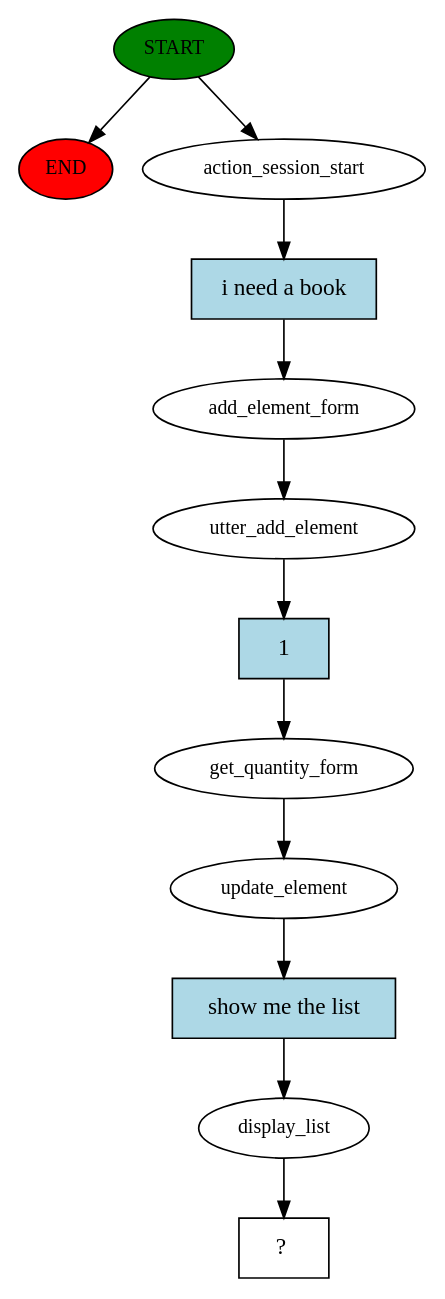
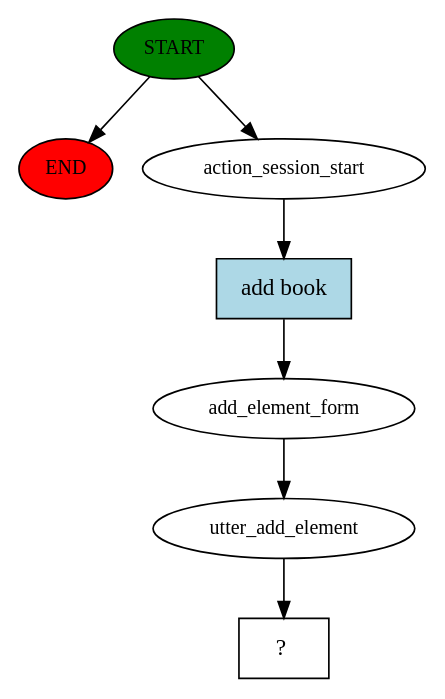
The diagram in story_graph.dot (ChristianTedesco98/chatbot_purchaselists), drawn with Graphviz before and after one commit. The commit also changed 25 other files, not shown here.

```diff
--- a/story_graph.dot
+++ b/story_graph.dot
@@ -1,25 +1,15 @@
 digraph  {
 0 [class="start active", fillcolor=green, fontsize=12, label=START, style=filled];
 "-1" [class=end, fillcolor=red, fontsize=12, label=END, style=filled];
 1 [class=active, fontsize=12, label=action_session_start];
 2 [class=active, fontsize=12, label=add_element_form];
 3 [class=active, fontsize=12, label=utter_add_element];
-4 [class=active, fontsize=12, label=get_quantity_form];
-5 [class=active, fontsize=12, label=update_element];
-6 [class=active, fontsize=12, label=display_list];
-7 [class="intent dashed active", label="  ?  ", shape=rect];
-8 [class="intent active", fillcolor=lightblue, label="i need a book", shape=rect, style=filled];
-9 [class="intent active", fillcolor=lightblue, label=1, shape=rect, style=filled];
-10 [class="intent active", fillcolor=lightblue, label="show me the list", shape=rect, style=filled];
+4 [class="intent dashed active", label="  ?  ", shape=rect];
+5 [class="intent active", fillcolor=lightblue, label="add book", shape=rect, style=filled];
 0 -> "-1"  [class="", key=NONE, label=""];
 0 -> 1  [class=active, key=NONE, label=""];
-1 -> 8  [class=active, key=0];
+1 -> 5  [class=active, key=0];
 2 -> 3  [class=active, key=NONE, label=""];
-3 -> 9  [class=active, key=0];
-4 -> 5  [class=active, key=NONE, label=""];
-5 -> 10  [class=active, key=0];
-6 -> 7  [class=active, key=NONE, label=""];
-8 -> 2  [class=active, key=0];
-9 -> 4  [class=active, key=0];
-10 -> 6  [class=active, key=0];
+3 -> 4  [class=active, key=NONE, label=""];
+5 -> 2  [class=active, key=0];
 }
```
